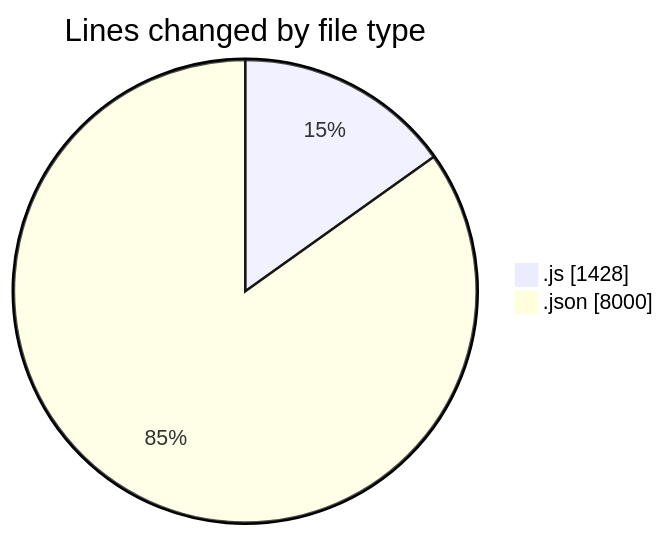
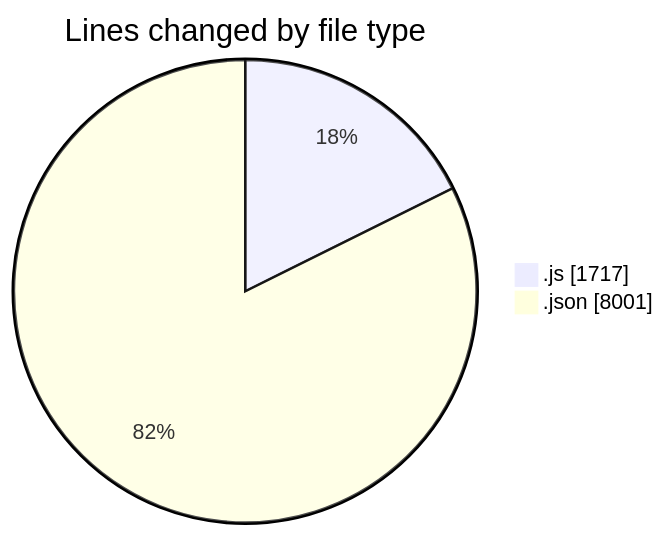
Before and after one commit to momahboobian/code-tracking: the first of 2 diagrams in 2025-01-11/good-pr/README.md, drawn with Mermaid. The commit also changed other lines of this file and 1 other file, not shown here.

````diff
--- a/2025-01-11/good-pr/README.md
+++ b/2025-01-11/good-pr/README.md
@@ -34,6 +38,6 @@
 ```mermaid
 pie showData
 title Lines changed by file type
-".js" : 1428
-".json" : 8000
+".js" : 1717
+".json" : 8001
 ```
````
